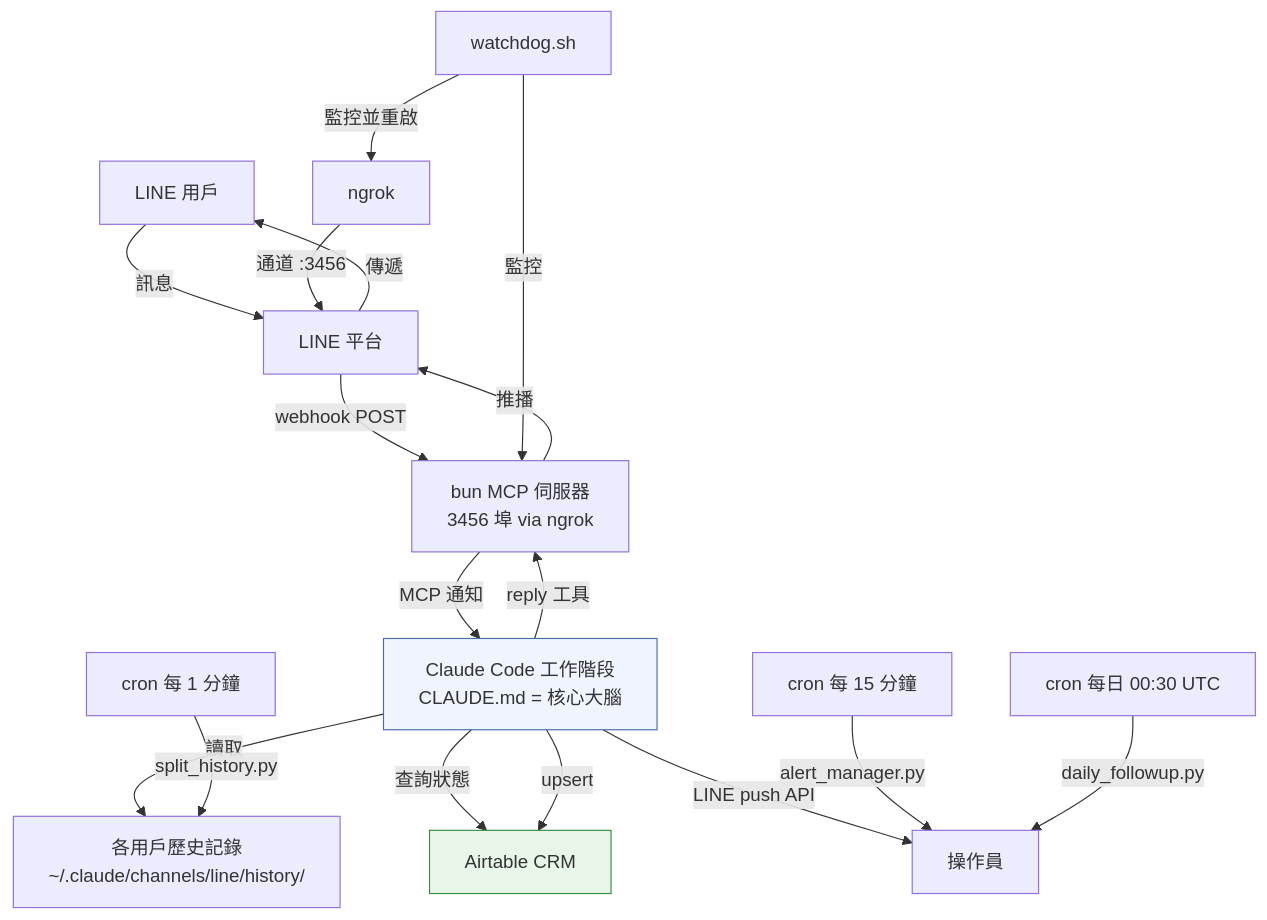
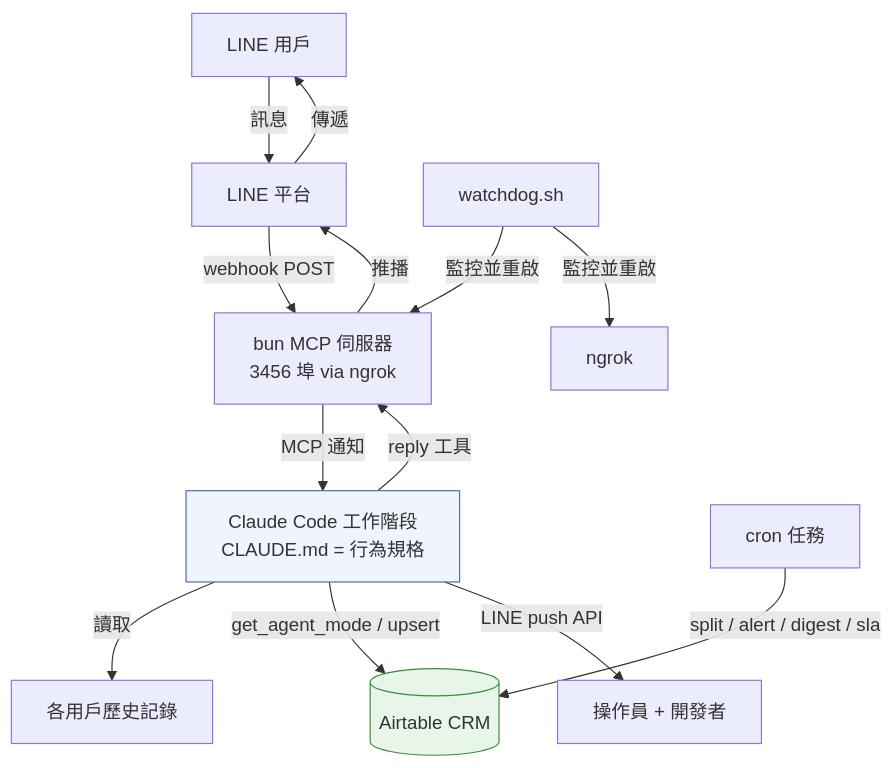
Before and after one commit to RealChrisL/scrivener-agent: the first of 2 diagrams in README.zh-TW.md, drawn with Mermaid. The commit also changed other lines of this file and 44 other files, not shown here.

````diff
--- a/README.zh-TW.md
+++ b/README.zh-TW.md
@@ -30,24 +38,18 @@
 ```mermaid
 graph TD
-    A[LINE 用戶] -->|訊息| B[LINE 平台]
-    B -->|webhook POST| C[bun MCP 伺服器\n3456 埠 via ngrok]
-    C -->|MCP 通知| D[Claude Code 工作階段\nCLAUDE.md = 核心大腦]
-    D -->|讀取| E[各用戶歷史記錄\n~/.claude/channels/line/history/]
-    D -->|查詢狀態| F[Airtable CRM]
-    D -->|reply 工具| C
-    C -->|推播| B
-    B -->|傳遞| A
-    D -->|upsert| F
-    D -->|LINE push API| G[操作員]
+    U[LINE 用戶]       -->|訊息| LP[LINE 平台]
+    LP                 -->|webhook POST| MCP[bun MCP 伺服器\n3456 埠 via ngrok]
+    MCP                -->|MCP 通知| CC[Claude Code 工作階段\nCLAUDE.md = 行為規格]
+    CC -->|讀取| HL[各用戶歷史記錄]
+    CC -->|get_agent_mode / upsert| AT[(Airtable CRM)]
+    CC -->|reply 工具| MCP
+    MCP -->|推播| LP
+    LP  -->|傳遞| U
+    CC  -->|LINE push API| OP[操作員 + 開發者]
+    WD[watchdog.sh]    -->|監控並重啟| MCP
+    WD                 -->|監控並重啟| NG[ngrok]
+    CR[cron 任務]      -->|split / alert / digest / sla| AT
 
-    H[ngrok] -->|通道 :3456| B
-    I[watchdog.sh] -->|監控| C
-    I -->|監控並重啟| H
-
-    J[cron 每 1 分鐘] -->|split_history.py| E
-    K[cron 每 15 分鐘] -->|alert_manager.py| G
-    L[cron 每日 00:30 UTC] -->|daily_followup.py| G
-
-    style D fill:#f0f4ff,stroke:#4a6fa5
-    style F fill:#e8f5e9,stroke:#388e3c
+    style CC fill:#f0f4ff,stroke:#4a6fa5
+    style AT fill:#e8f5e9,stroke:#388e3c
 ```
````
